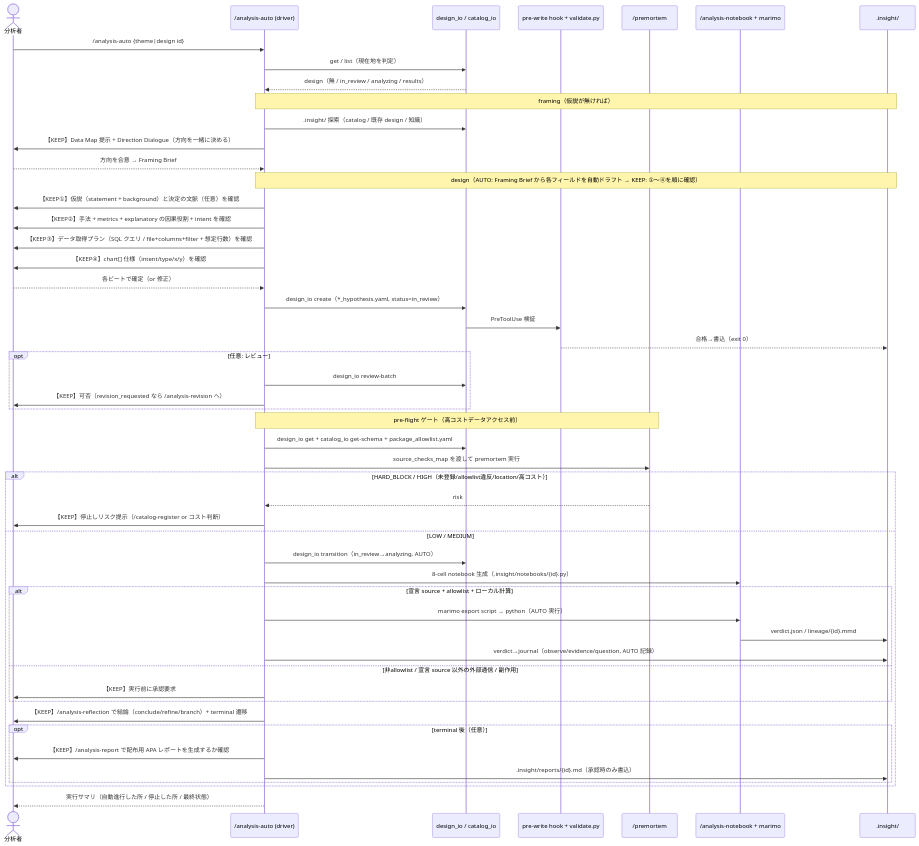
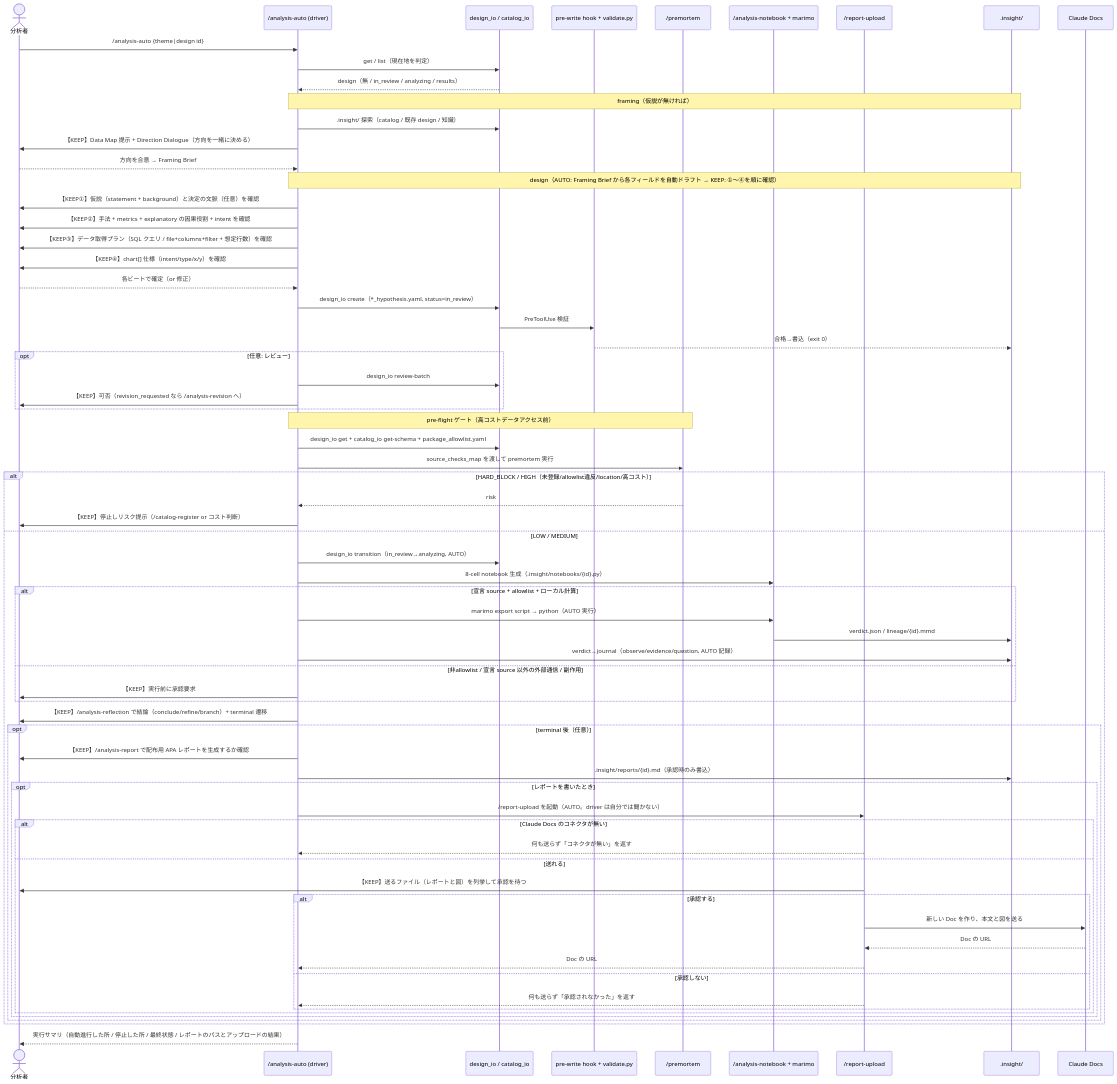
The fifth of 6 diagrams in docs/ARCHITECTURE.md (etoyama/insight-blueprint-skills), drawn with Mermaid before and after one commit. The commit also changed other lines of this file and 4 other files, not shown here.

First line of the commit message:
docs(#66): README・PRD・用語・ARCHITECTURE にレポートとアップロードを載せる

````diff
--- a/docs/ARCHITECTURE.md
+++ b/docs/ARCHITECTURE.md
@@ -285,57 +295,74 @@
 ```mermaid
 sequenceDiagram
     actor U as 分析者
     participant D as /analysis-auto (driver)
     participant IO as design_io / catalog_io
     participant H as pre-write hook + validate.py
     participant PM as /premortem
     participant NB as /analysis-notebook + marimo
+    participant P as /report-upload
     participant FS as .insight/
+    participant DC as Claude Docs
 
     U->>D: /analysis-auto {theme|design id}
     D->>IO: get / list（現在地を判定）
     IO-->>D: design（無 / in_review / analyzing / results）
 
     Note over D,FS: framing（仮説が無ければ）
     D->>IO: .insight/ 探索（catalog / 既存 design / 知識）
     D->>U: 【KEEP】Data Map 提示 + Direction Dialogue（方向を一緒に決める）
     U-->>D: 方向を合意 → Framing Brief
     Note over D,FS: design（AUTO: Framing Brief から各フィールドを自動ドラフト → KEEP: ①〜④を順に確認）
     D->>U: 【KEEP①】仮説（statement + background）と決定の文脈（任意）を確認
     D->>U: 【KEEP②】手法 + metrics + explanatory の因果役割 + intent を確認
     D->>U: 【KEEP③】データ取得プラン（SQL クエリ / file+columns+filter + 想定行数）を確認
     D->>U: 【KEEP④】chart[] 仕様（intent/type/x/y）を確認
     U-->>D: 各ビートで確定（or 修正）
     D->>IO: design_io create（*_hypothesis.yaml, status=in_review）
     IO->>H: PreToolUse 検証
     H-->>FS: 合格→書込（exit 0）
 
     opt 任意: レビュー
         D->>IO: design_io review-batch
         D->>U: 【KEEP】可否（revision_requested なら /analysis-revision へ）
     end
 
     Note over D,PM: pre-flight ゲート（高コストデータアクセス前）
     D->>IO: design_io get + catalog_io get-schema + package_allowlist.yaml
     D->>PM: source_checks_map を渡して premortem 実行
     alt HARD_BLOCK / HIGH（未登録/allowlist違反/location/高コスト）
         PM-->>D: risk
         D->>U: 【KEEP】停止しリスク提示（/catalog-register or コスト判断）
     else LOW / MEDIUM
         D->>IO: design_io transition（in_review→analyzing, AUTO）
         D->>NB: 8-cell notebook 生成（.insight/notebooks/{id}.py）
         alt 宣言 source + allowlist + ローカル計算
             D->>NB: marimo export script → python（AUTO 実行）
             NB->>FS: verdict.json / lineage/{id}.mmd
             D->>FS: verdict→journal（observe/evidence/question, AUTO 記録）
         else 非allowlist / 宣言 source 以外の外部通信 / 副作用
             D->>U: 【KEEP】実行前に承認要求
         end
         D->>U: 【KEEP】/analysis-reflection で結論（conclude/refine/branch）+ terminal 遷移
         opt terminal 後（任意）
             D->>U: 【KEEP】/analysis-report で配布用 APA レポートを生成するか確認
             D->>FS: .insight/reports/{id}.md（承認時のみ書込）
+            opt レポートを書いたとき
+                D->>P: /report-upload を起動（AUTO。driver は自分では聞かない）
+                alt Claude Docs のコネクタが無い
+                    P-->>D: 何も送らず「コネクタが無い」を返す
+                else 送れる
+                    P->>U: 【KEEP】送るファイル（レポートと図）を列挙して承認を待つ
+                    alt 承認する
+                        P->>DC: 新しい Doc を作り、本文と図を送る
+                        DC-->>P: Doc の URL
+                        P-->>D: Doc の URL
+                    else 承認しない
+                        P-->>D: 何も送らず「承認されなかった」を返す
+                    end
+                end
+            end
         end
     end
-    D-->>U: 実行サマリ（自動進行した所 / 停止した所 / 最終状態）
+    D-->>U: 実行サマリ（自動進行した所 / 停止した所 / 最終状態 / レポートのパスとアップロードの結果）
 ```
````
